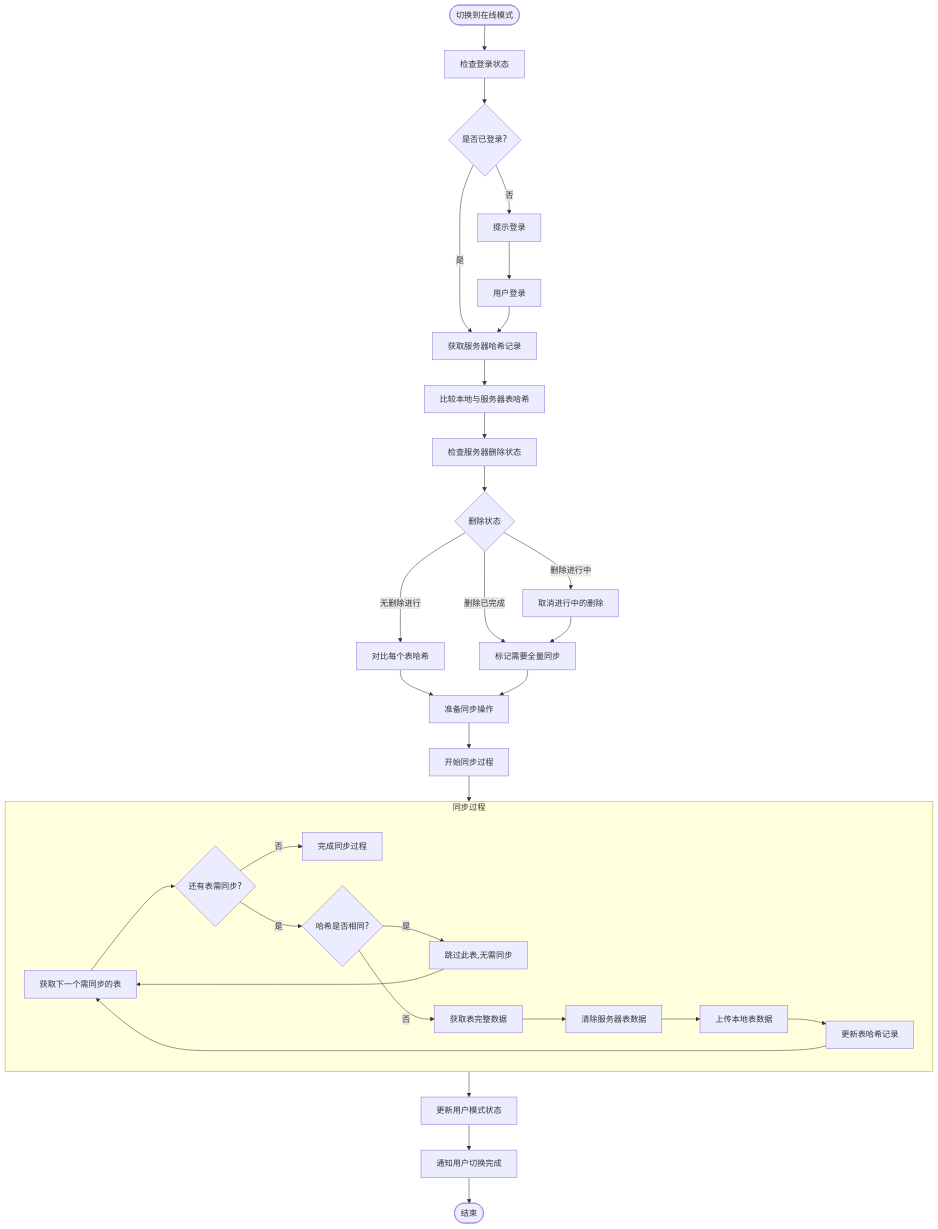
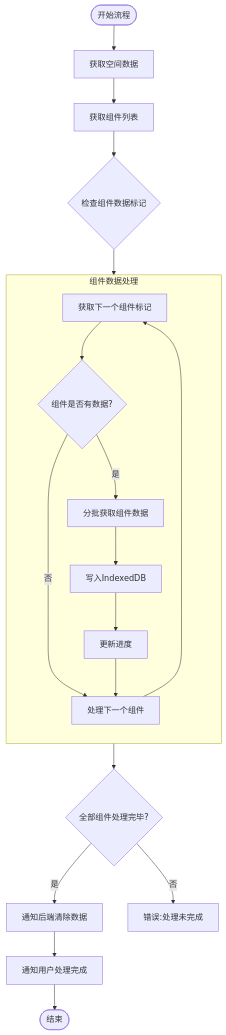
One commit to yingjianzh/iodraw-files changed the diagram in all/未命名-51.md. Above: the diagram before and after it, drawn with Mermaid.

Commit message:
2025-05-08 15:58:17 update

````diff
--- a/all/未命名-51.md
+++ b/all/未命名-51.md
@@ -1,47 +1,29 @@
 ```mermaid
+
 flowchart TD
-    Start([切换到在线模式]) --> CheckLogin[检查登录状态]
-    CheckLogin --> IsLoggedIn{是否已登录?}
+    Start([开始流程]) --> FetchSpaceData[获取空间数据]
     
-    IsLoggedIn -->|否| LoginPrompt[提示登录]
-    IsLoggedIn -->|是| FetchServerHashes[获取服务器哈希记录]
+    FetchSpaceData --> FetchComponentList[获取组件列表]
+    FetchComponentList --> CheckComponentData{检查组件数据标记}
     
-    LoginPrompt --> UserLogin[用户登录]
-    UserLogin --> FetchServerHashes
-    
-    FetchServerHashes --> CompareTables[比较本地与服务器表哈希]
-    CompareTables --> CheckDeletionStatus[检查服务器删除状态]
-    
-    CheckDeletionStatus --> DeletionState{删除状态}
-    
-    DeletionState -->|无删除进行| CompareHashes[对比每个表哈希]
-    DeletionState -->|删除进行中| CancelDeletion[取消进行中的删除]
-    DeletionState -->|删除已完成| ForceFullSync[标记需要全量同步]
-    
-    CancelDeletion --> ForceFullSync
-    
-    CompareHashes --> PrepareSync[准备同步操作]
-    ForceFullSync --> PrepareSync
-    
-    PrepareSync --> BeginSyncProcess[开始同步过程]
-    
-    subgraph SyncProcess [同步过程]
-        A[获取下一个需同步的表] --> B{还有表需同步?}
-        B -->|否| CompleteSyncProcess[完成同步过程]
-        B -->|是| C{哈希是否相同?}
-        
-        C -->|是| TablesSkipped[跳过此表,无需同步]
-        C -->|否| D[获取表完整数据]
-        TablesSkipped --> A
-        
-        D --> E[清除服务器表数据]
-        E --> F[上传本地表数据]
-        F --> G[更新表哈希记录]
-        G --> A
+    subgraph ComponentProcess [组件数据处理]
+        direction TB
+        A[获取下一个组件标记] --> B{组件是否有数据?}
+        B -->|否| NextComponent[处理下一个组件]
+        B -->|是| C[分批获取组件数据]
+        C --> D[写入IndexedDB]
+        D --> UpdateProgress[更新进度]
+        UpdateProgress --> NextComponent
+        NextComponent --> A
     end
     
-    BeginSyncProcess --> SyncProcess
-    SyncProcess --> UpdateModeState[更新用户模式状态]
-    UpdateModeState --> NotifyComplete[通知用户切换完成]
-    NotifyComplete --> End([结束])
+    CheckComponentData --> ComponentProcess
+    ComponentProcess --> AllComponentsProcessed{全部组件处理完毕?}
+    
+    AllComponentsProcessed -->|是| ClearServerData[通知后端清除数据]
+    AllComponentsProcessed -->|否| Error3[错误:处理未完成]
+    
+    ClearServerData --> CompletionNotification[通知用户处理完成]
+    CompletionNotification --> End([结束])
+
 ```
````
